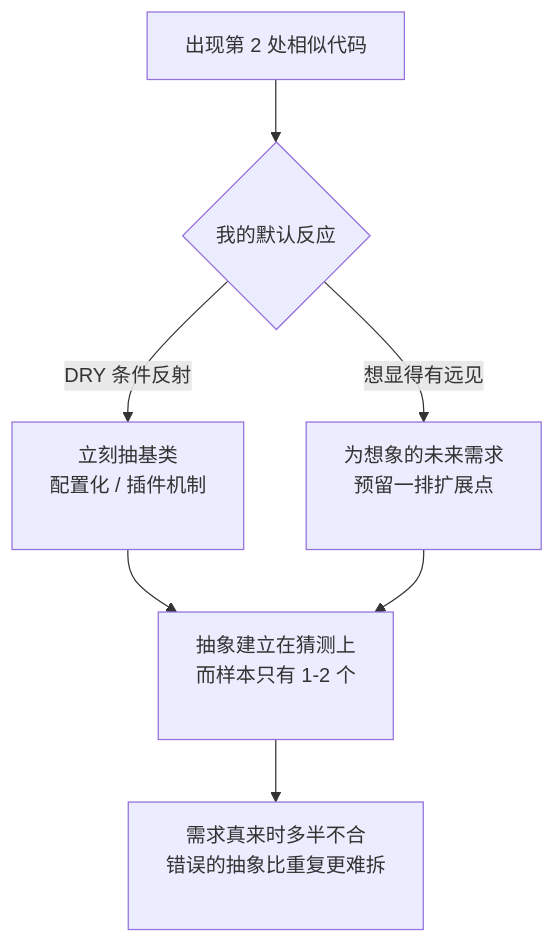
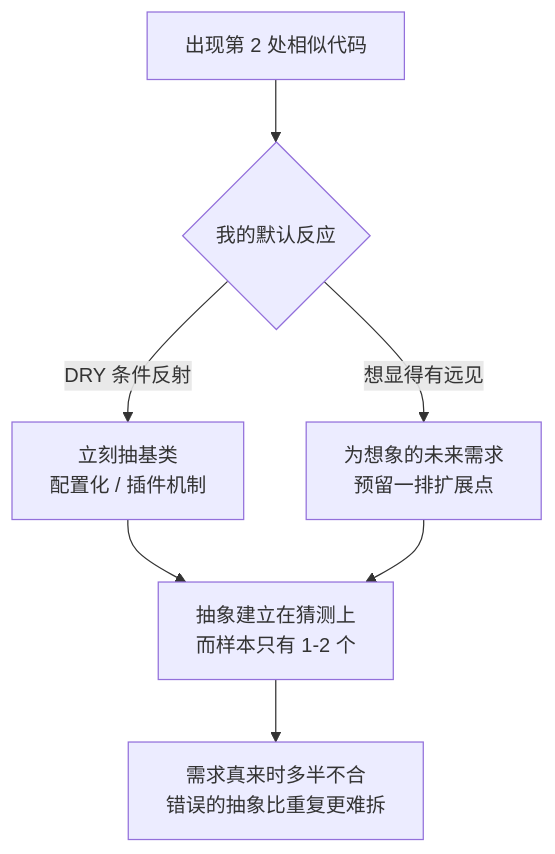
One commit to XuebinMa/AIWiki changed the diagram in docs/03-architecture/premature-abstraction.mdx. Above: the diagram before and after it, drawn with Mermaid. The commit also changed 99 other files, not shown here.

First line of the commit message:
fix(mermaid): 全局根治节点文字裁切（htmlLabels:false + 清理 br/nbsp 占位）(#26)

````diff
--- a/docs/03-architecture/premature-abstraction.mdx
+++ b/docs/03-architecture/premature-abstraction.mdx
@@ -40,9 +40,9 @@
 ```mermaid
 flowchart TD
     A[出现第 2 处相似代码] --> B{我的默认反应}
-    B -->|DRY 条件反射| C[立刻抽基类<br/>配置化 / 插件机制<br/>&nbsp;]
-    B -->|想显得有远见| D[为想象的未来需求<br/>预留一排扩展点<br/>&nbsp;]
-    C --> E[抽象建立在猜测上<br/>而样本只有 1-2 个<br/>&nbsp;]
+    B -->|DRY 条件反射| C[立刻抽基类<br/>配置化 / 插件机制]
+    B -->|想显得有远见| D[为想象的未来需求<br/>预留一排扩展点]
+    C --> E[抽象建立在猜测上<br/>而样本只有 1-2 个]
     D --> E
-    E --> F[需求真来时多半不合<br/>错误的抽象比重复更难拆<br/>&nbsp;]
+    E --> F[需求真来时多半不合<br/>错误的抽象比重复更难拆]
 ```
````
